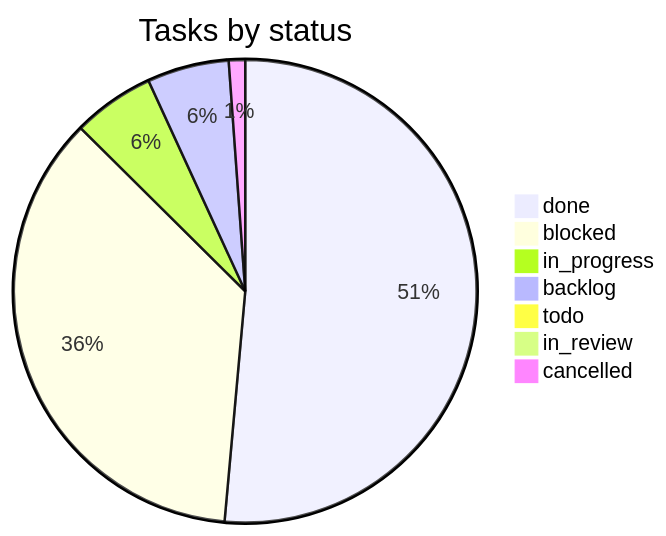
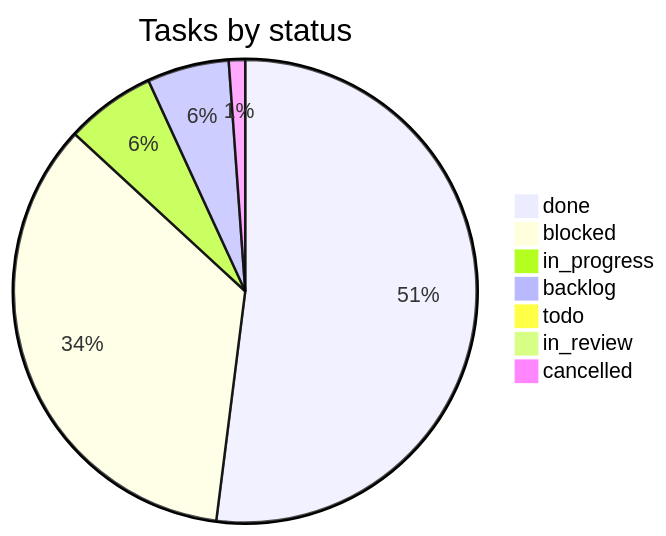
The second of 2 diagrams in PROGRESS.md (vulcanflow/docs), drawn with Mermaid before and after one commit. The commit also changed other lines of this file and 1 other file, not shown here.

Commit message:
progress: 1 delivery (VFL-208), 3 status changes (#85)

````diff
--- a/PROGRESS.md
+++ b/PROGRESS.md
@@ -58,10 +58,10 @@
 ```mermaid
 pie title Tasks by status
-  "done" : 90
-  "blocked" : 63
-  "in_progress" : 10
+  "done" : 91
+  "blocked" : 61
+  "in_progress" : 11
   "backlog" : 10
   "todo" : 1
   "in_review" : 1
   "cancelled" : 2
 ```
````
